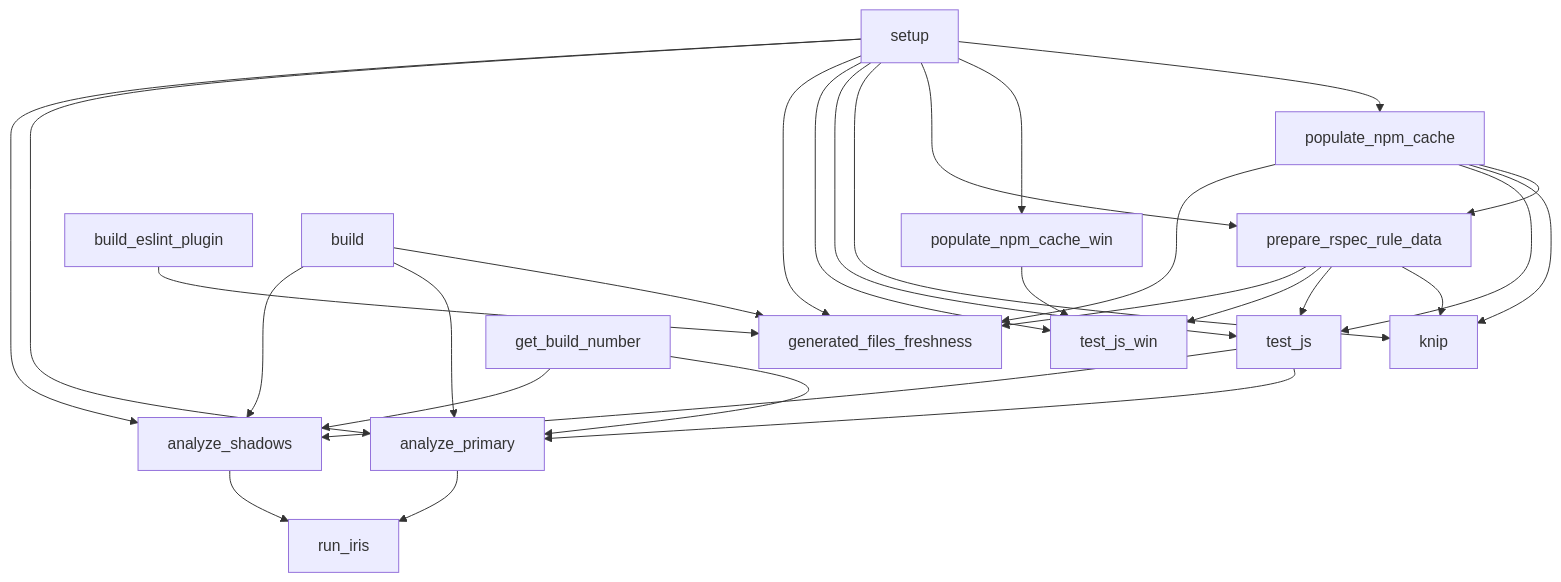
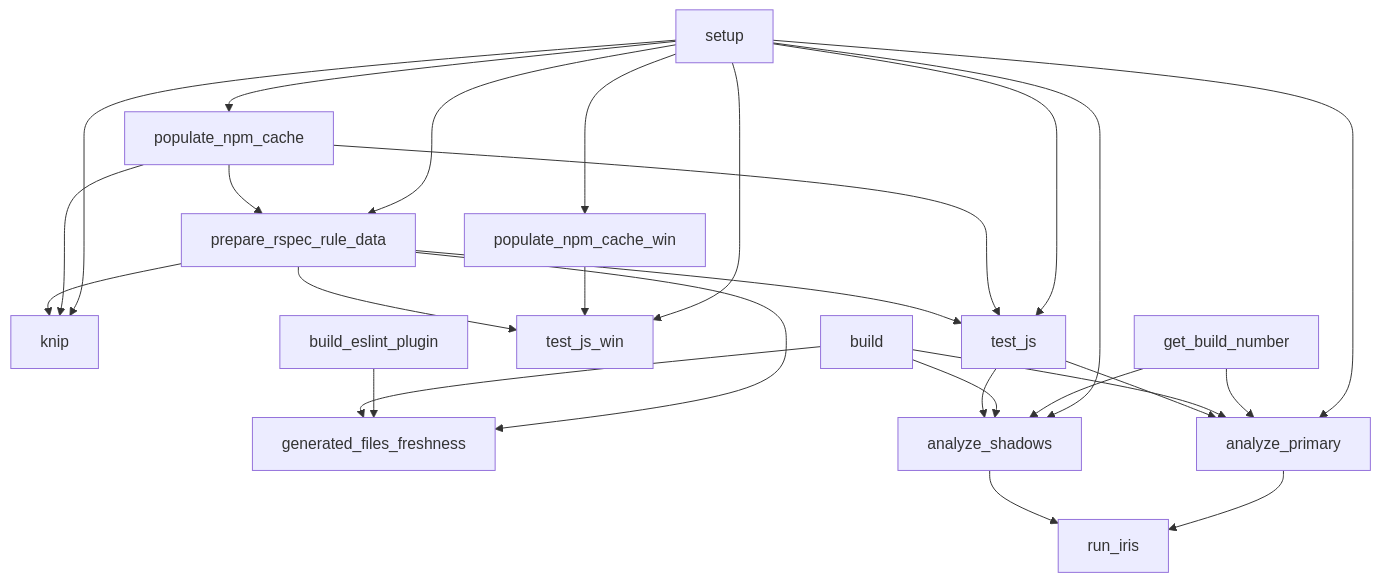
Before and after one commit to SonarSource/SonarJS: the third of 4 diagrams in docs/CI.md, drawn with Mermaid. The commit also changed other lines of this file and 1 other file, not shown here.

Commit message:
Reuse build-generated licenses in nightly freshness

````diff
--- a/docs/CI.md
+++ b/docs/CI.md
@@ -182,37 +180,35 @@
 ```mermaid
 flowchart TD
   setup["setup"] --> populate_npm_cache["populate_npm_cache"]
   setup --> populate_npm_cache_win["populate_npm_cache_win"]
   setup --> prepare_rspec_rule_data["prepare_rspec_rule_data"]
   populate_npm_cache --> prepare_rspec_rule_data
 
   setup --> knip["knip"]
   populate_npm_cache --> knip
   prepare_rspec_rule_data --> knip
 
   setup --> test_js["test_js"]
   populate_npm_cache --> test_js
   prepare_rspec_rule_data --> test_js
 
   setup --> test_js_win["test_js_win"]
   populate_npm_cache_win --> test_js_win
   prepare_rspec_rule_data --> test_js_win
 
   prepare_rspec_rule_data --> generated_files_freshness
   build_eslint_plugin["build_eslint_plugin"] --> generated_files_freshness["generated_files_freshness"]
-  setup --> generated_files_freshness
-  populate_npm_cache --> generated_files_freshness
   build --> generated_files_freshness
   setup --> analyze_primary["analyze_primary"]
   get_build_number["get_build_number"] --> analyze_primary
   build["build"] --> analyze_primary
   test_js --> analyze_primary
 
   setup --> analyze_shadows["analyze_shadows"]
   get_build_number --> analyze_shadows
   build --> analyze_shadows
   test_js --> analyze_shadows
 
   analyze_primary --> run_iris["run_iris"]
   analyze_shadows --> run_iris
 ```
````
